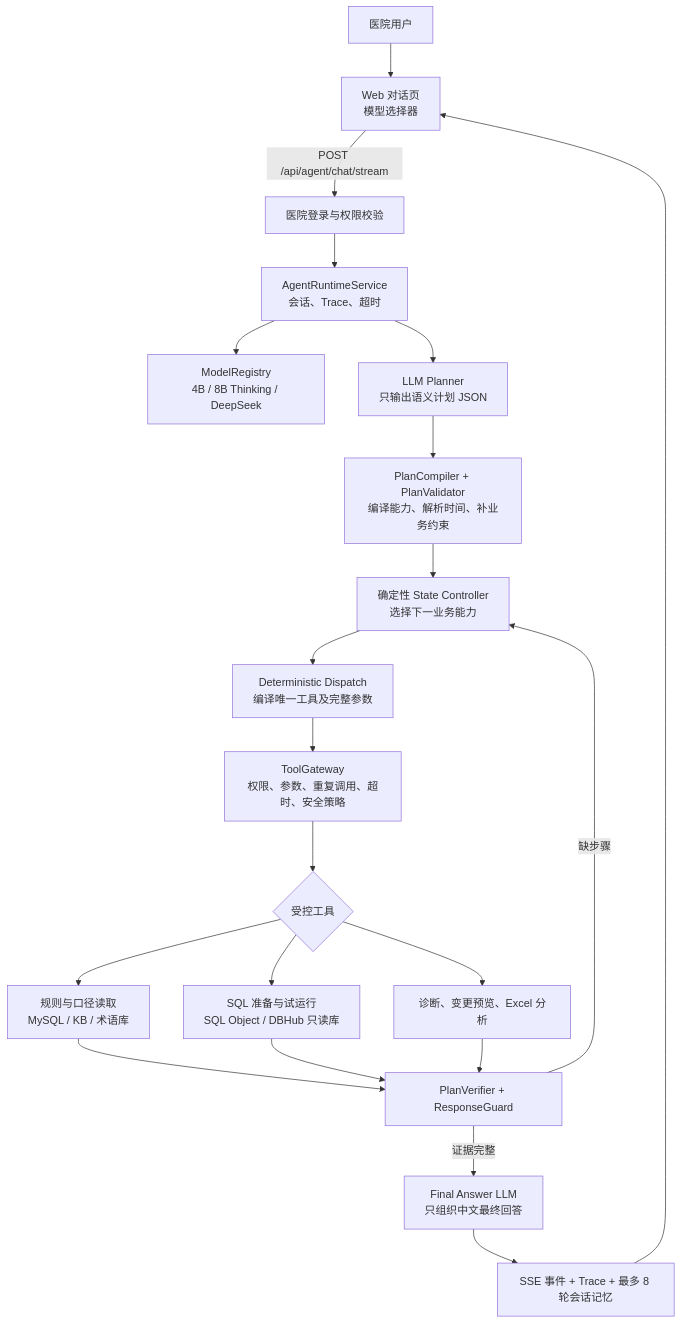
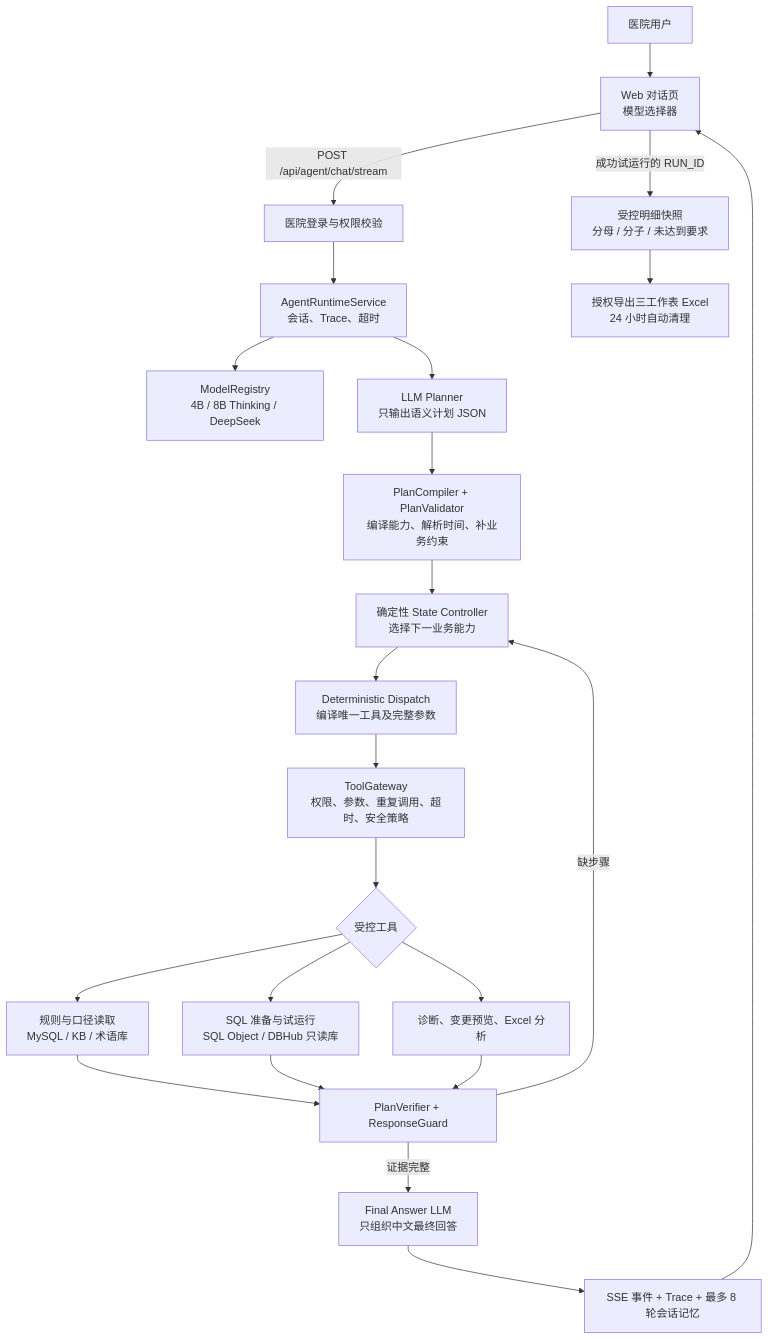
One commit to KK456701/wiki-project changed the diagram in docs/architecture/agent-runtime-current.md. Above: the diagram before and after it, drawn with Mermaid. The commit also changed other lines of this file and 7 other files, not shown here.

````diff
--- a/docs/architecture/agent-runtime-current.md
+++ b/docs/architecture/agent-runtime-current.md
@@ -7,23 +7,25 @@
 ```mermaid
 flowchart TD
     U["医院用户"] --> W["Web 对话页<br/>模型选择器"]
     W -->|"POST /api/agent/chat/stream"| A["医院登录与权限校验"]
     A --> S["AgentRuntimeService<br/>会话、Trace、超时"]
     S --> M["ModelRegistry<br/>4B / 8B Thinking / DeepSeek"]
     S --> P["LLM Planner<br/>只输出语义计划 JSON"]
     P --> C["PlanCompiler + PlanValidator<br/>编译能力、解析时间、补业务约束"]
     C --> SC["确定性 State Controller<br/>选择下一业务能力"]
     SC --> DTC["Deterministic Dispatch<br/>编译唯一工具及完整参数"]
     DTC --> G["ToolGateway<br/>权限、参数、重复调用、超时、安全策略"]
     G --> T{"受控工具"}
     T --> R["规则与口径读取<br/>MySQL / KB / 术语库"]
     T --> Q["SQL 准备与试运行<br/>SQL Object / DBHub 只读库"]
     T --> D["诊断、变更预览、Excel 分析"]
     R --> V["PlanVerifier + ResponseGuard"]
     Q --> V
     D --> V
     V -->|"缺步骤"| SC
     V -->|"证据完整"| F["Final Answer LLM<br/>只组织中文最终回答"]
     F --> X["SSE 事件 + Trace + 最多 8 轮会话记忆"]
     X --> W
+    W -->|"成功试运行的 RUN_ID"| E["受控明细快照<br/>分母 / 分子 / 未达到要求"]
+    E --> EX["授权导出三工作表 Excel<br/>24 小时自动清理"]
 ```
````
